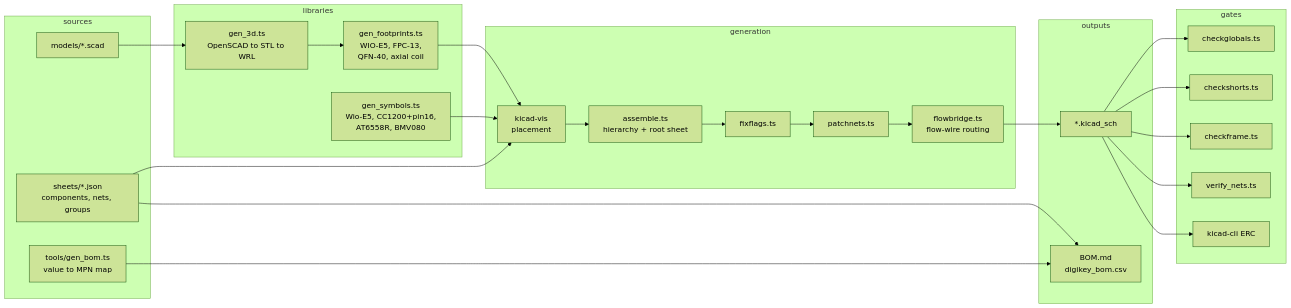
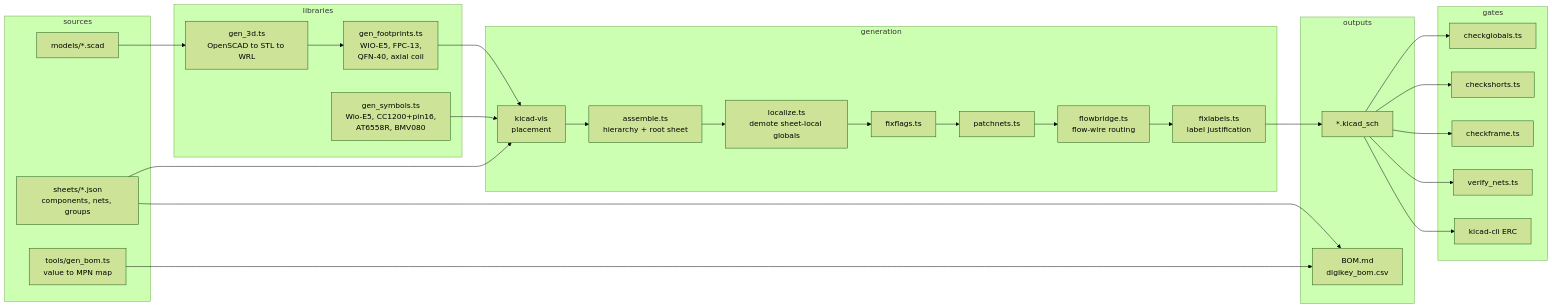
One commit to tmpk13/cc1200-balloon changed the second of 2 diagrams in README.md. Above: the diagram before and after it, drawn with Mermaid (forest theme). The commit also changed 6 other files, not shown here.

````diff
--- a/README.md
+++ b/README.md
@@ -83,41 +83,43 @@
 ```mermaid
 flowchart LR
     subgraph src[sources]
         sheets[sheets/*.json<br/>components, nets, groups]
         scad[models/*.scad]
         parts[tools/gen_bom.ts<br/>value to MPN map]
     end
     subgraph lib[libraries]
         sym[gen_symbols.ts<br/>Wio-E5, CC1200+pin16,<br/>AT6558R, BMV080]
         fp[gen_footprints.ts<br/>WIO-E5, FPC-13,<br/>QFN-40, axial coil]
         d3[gen_3d.ts<br/>OpenSCAD to STL to WRL]
     end
     subgraph gen[generation]
         kv[kicad-vis<br/>placement]
         asm[assemble.ts<br/>hierarchy + root sheet]
+        loc[localize.ts<br/>demote sheet-local globals]
         flags[fixflags.ts]
         patch[patchnets.ts]
         flow[flowbridge.ts<br/>flow-wire routing]
+        lbl[fixlabels.ts<br/>label justification]
     end
     subgraph check[gates]
         cg[checkglobals.ts]
         cs[checkshorts.ts]
         cf[checkframe.ts]
         vn[verify_nets.ts]
         erc[kicad-cli ERC]
     end
     subgraph out[outputs]
         sch[*.kicad_sch]
         bom[BOM.md<br/>digikey_bom.csv]
     end
 
     sheets --> kv
     sym --> kv
     fp --> kv
     scad --> d3
     d3 --> fp
-    kv --> asm --> flags --> patch --> flow --> sch
+    kv --> asm --> loc --> flags --> patch --> flow --> lbl --> sch
     sch --> cg & cs & cf & vn & erc
     parts --> bom
     sheets --> bom
 ```
````
